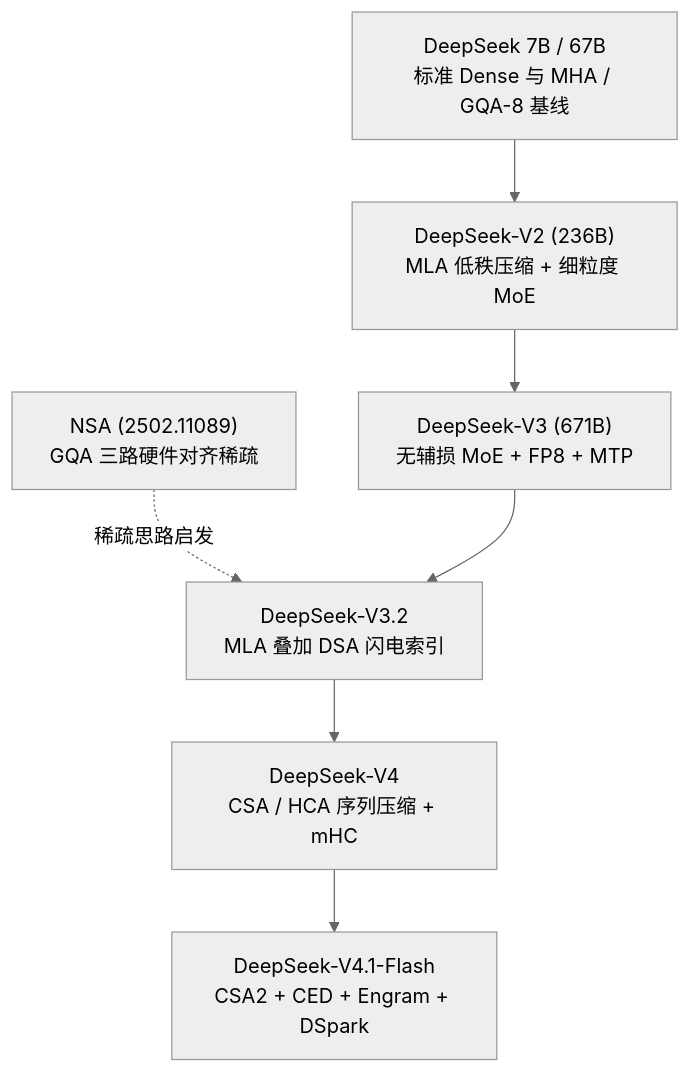
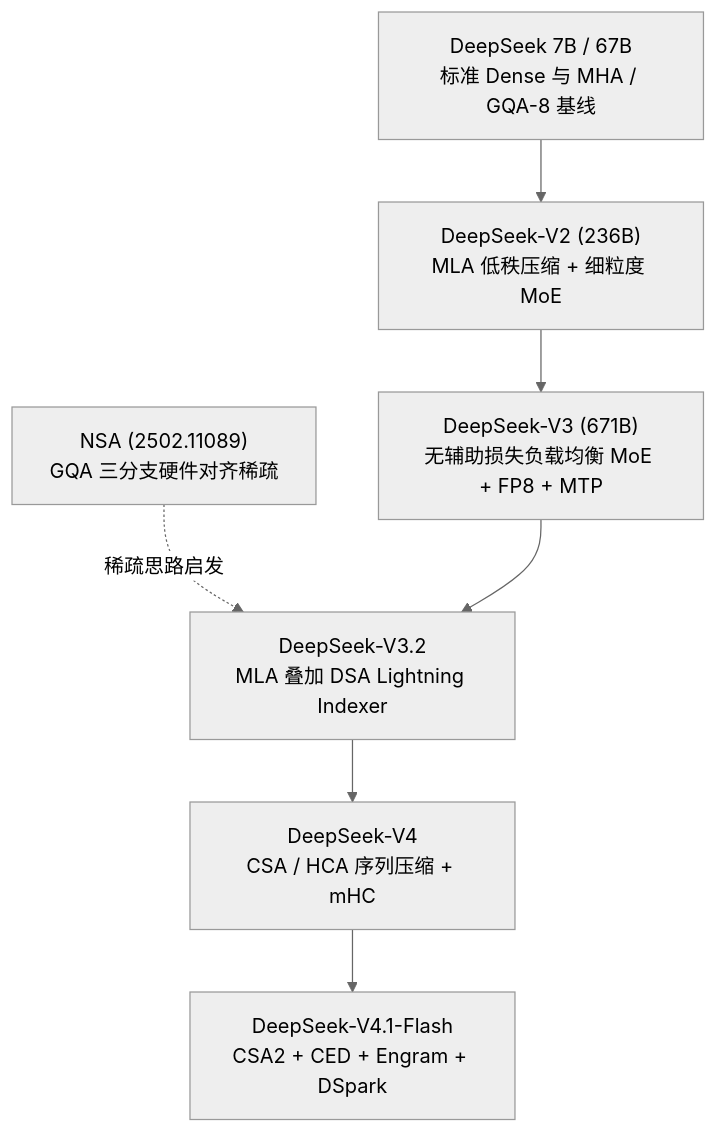
Before and after one commit to xingcanlee/infra-note: the diagram in src/content/posts/deepseek/index.mdx, drawn with Mermaid (neutral theme). The commit also changed other lines of this file and 263 other files, not shown here.

First line of the commit message:
feat(deepseek,explainers): swap 07-mhc/08-engram order, add flat-table diagram, and upgrade InteractiveExplainer kit

````diff
--- a/src/content/posts/deepseek/index.mdx
+++ b/src/content/posts/deepseek/index.mdx
@@ -18,9 +18,9 @@
 ```mermaid caption="图 1：DeepSeek 五代模型架构演进路线"
 flowchart TD
     V1["DeepSeek 7B / 67B<br/>标准 Dense 与 MHA / GQA-8 基线"] --> V2["DeepSeek-V2 (236B)<br/>MLA 低秩压缩 + 细粒度 MoE"]
-    V2 --> V3["DeepSeek-V3 (671B)<br/>无辅损 MoE + FP8 + MTP"]
-    NSA["NSA (2502.11089)<br/>GQA 三路硬件对齐稀疏"] -.->|"稀疏思路启发"| V32
-    V3 --> V32["DeepSeek-V3.2<br/>MLA 叠加 DSA 闪电索引"]
+    V2 --> V3["DeepSeek-V3 (671B)<br/>无辅助损失负载均衡 MoE + FP8 + MTP"]
+    NSA["NSA (2502.11089)<br/>GQA 三分支硬件对齐稀疏"] -.->|"稀疏思路启发"| V32
+    V3 --> V32["DeepSeek-V3.2<br/>MLA 叠加 DSA Lightning Indexer"]
     V32 --> V4["DeepSeek-V4<br/>CSA / HCA 序列压缩 + mHC"]
     V4 --> V41["DeepSeek-V4.1-Flash<br/>CSA2 + CED + Engram + DSpark"]
 ```
````
